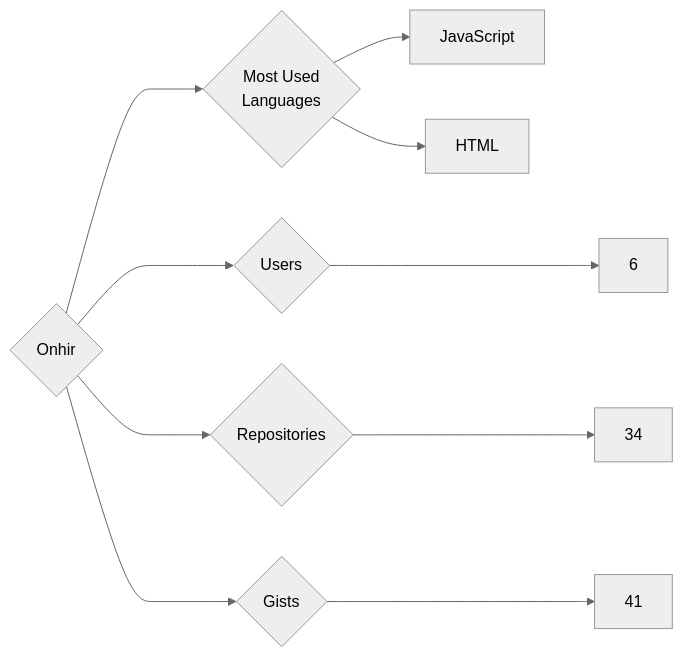
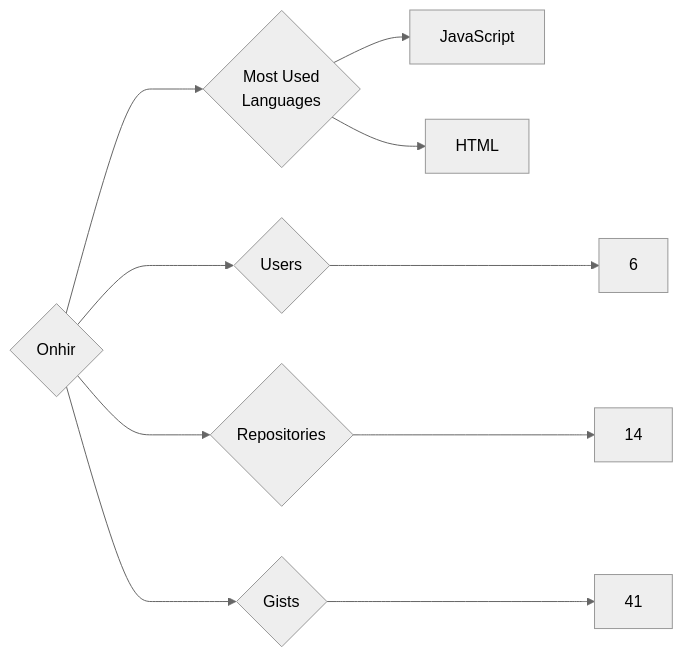
Before and after one commit to trickest/insiders: the diagram in targets/Onhir/README.md, drawn with Mermaid (neutral theme). The commit also changed 1479 other files, not shown here.

````diff
--- a/targets/Onhir/README.md
+++ b/targets/Onhir/README.md
@@ -3,10 +3,10 @@
 ```mermaid
 graph LR
 COMPANY_NAME{Onhir}
 COMPANY_NAME ---> U{Users} ---> UN[6]
-COMPANY_NAME ---> R{Repositories} ---> RN[34]
+COMPANY_NAME ---> R{Repositories} ---> RN[14]
 COMPANY_NAME ---> G{Gists} ---> GN[41]
 COMPANY_NAME ---> ML{Most Used<br>Languages}
 ML --> JavaScript[JavaScript]
 ML --> HTML[HTML]
 ```
````
